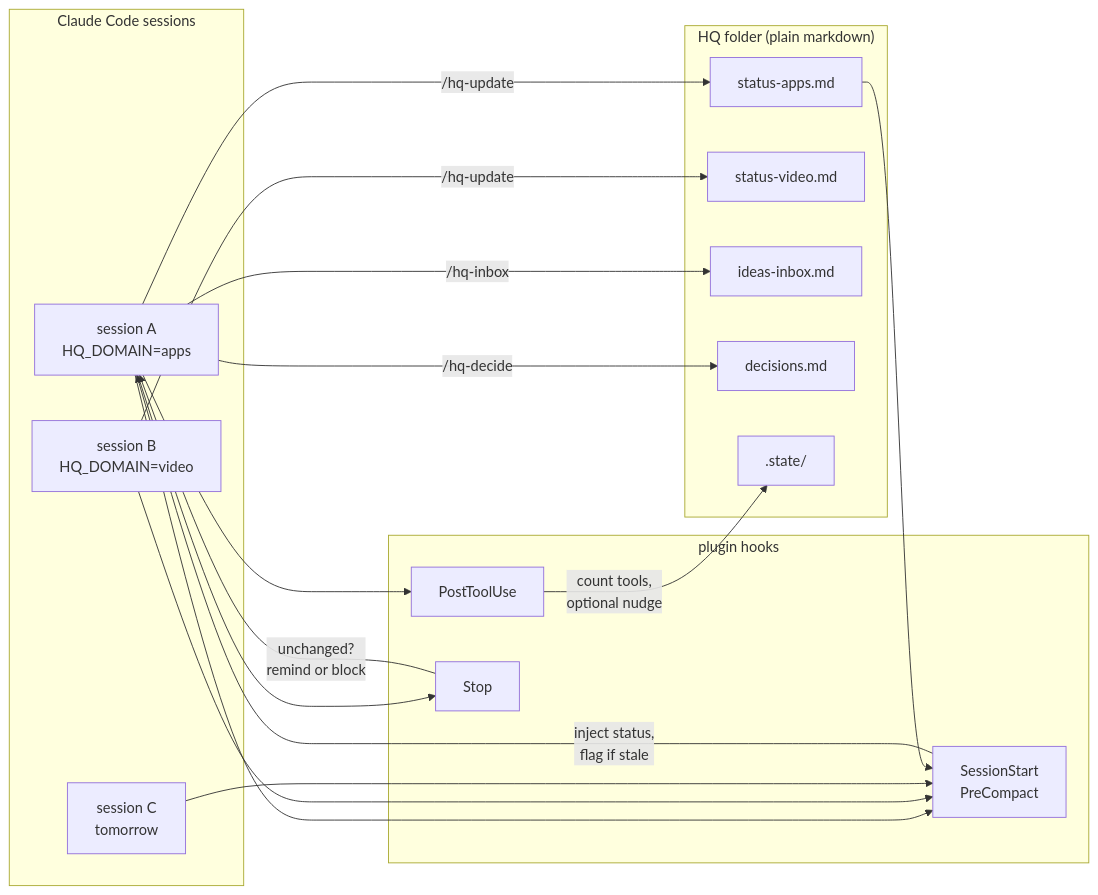
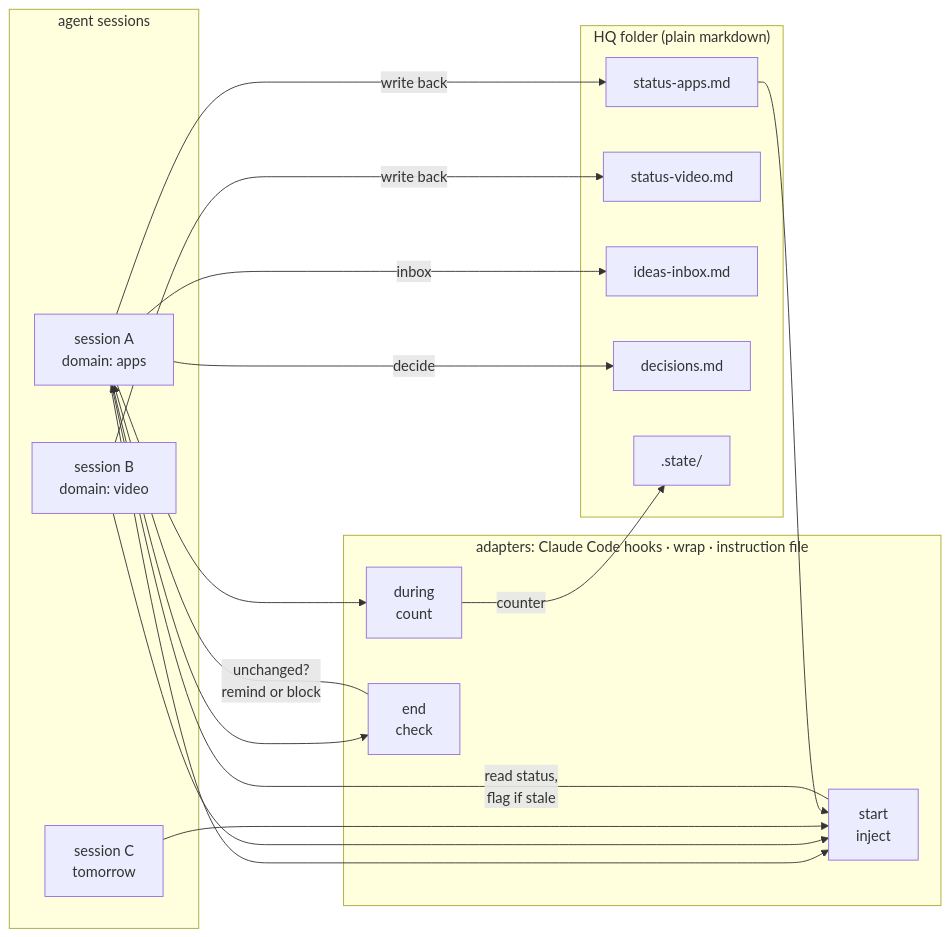
One commit to lji151/session-hq changed the diagram in README.md. Above: the diagram before and after it, drawn with Mermaid. The commit also changed other lines of this file and 9 other files, not shown here.

First line of the commit message:
docs: reposition as agent-neutral; Claude Code becomes the first adapter

````diff
--- a/README.md
+++ b/README.md
@@ -92,34 +158,34 @@
 ```mermaid
 flowchart LR
-    subgraph sessions["Claude Code sessions"]
-        S1["session A<br/>HQ_DOMAIN=apps"]
-        S2["session B<br/>HQ_DOMAIN=video"]
+    subgraph sessions["agent sessions"]
+        S1["session A<br/>domain: apps"]
+        S2["session B<br/>domain: video"]
         S3["session C<br/>tomorrow"]
     end
 
-    subgraph hooks["plugin hooks"]
-        H1["SessionStart<br/>PreCompact"]
-        H2["PostToolUse"]
-        H3["Stop"]
+    subgraph adapters["adapters: Claude Code hooks · wrap · instruction file"]
+        H1["start<br/>inject"]
+        H2["during<br/>count"]
+        H3["end<br/>check"]
     end
 
     subgraph hq["HQ folder (plain markdown)"]
         F1["status-apps.md"]
         F2["status-video.md"]
         F3["ideas-inbox.md"]
         F4["decisions.md"]
         F5[".state/"]
     end
 
     S1 & S2 & S3 --> H1
-    H1 -- "inject status,<br/>flag if stale" --> S1
+    H1 -- "read status,<br/>flag if stale" --> S1
     S1 --> H2
-    H2 -- "count tools,<br/>optional nudge" --> F5
+    H2 -- "counter" --> F5
     S1 --> H3
     H3 -- "unchanged?<br/>remind or block" --> S1
-    S1 -- "/hq-update" --> F1
-    S2 -- "/hq-update" --> F2
-    S1 -- "/hq-inbox" --> F3
-    S1 -- "/hq-decide" --> F4
+    S1 -- "write back" --> F1
+    S2 -- "write back" --> F2
+    S1 -- "inbox" --> F3
+    S1 -- "decide" --> F4
     F1 --> H1
 ```
````
